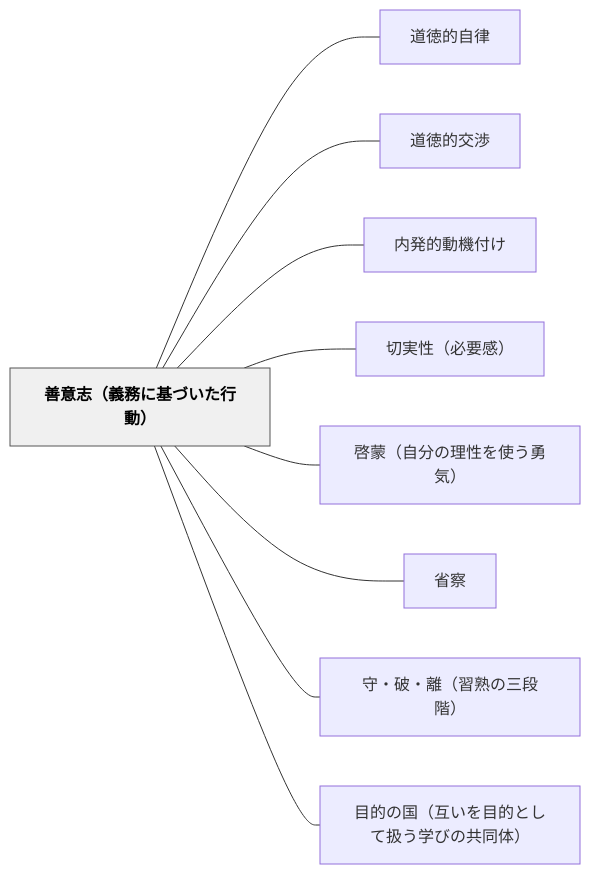
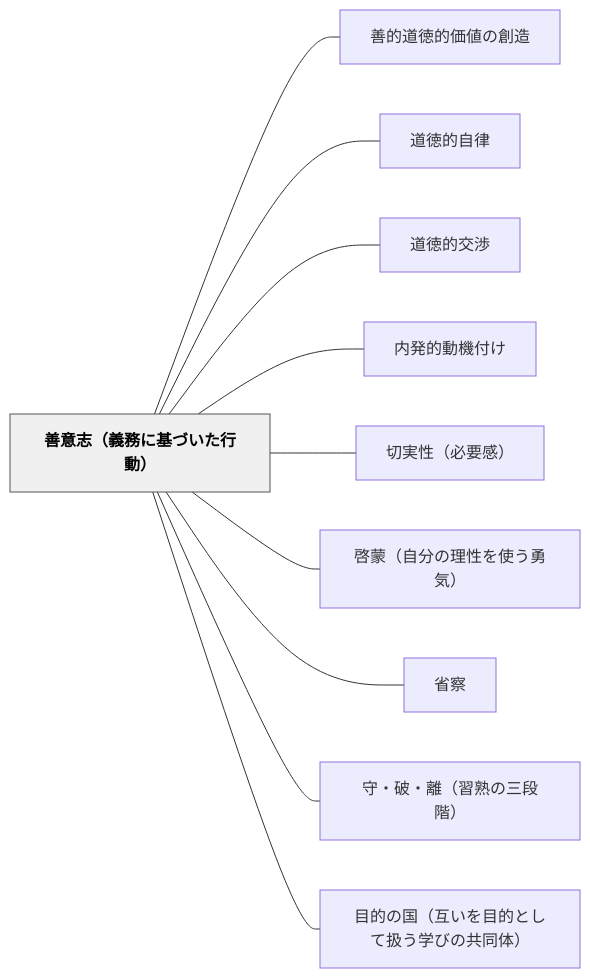
One commit to unknownthings-ed-patterns/unknownthings-ed-patterns changed the diagram in content/パタン/善意志（義務に基づいた行動）.md. Above: the diagram before and after it, drawn with Mermaid. The commit also changed other lines of this file and 5 other files, not shown here.

````diff
--- a/content/パタン/善意志（義務に基づいた行動）.md
+++ b/content/パタン/善意志（義務に基づいた行動）.md
@@ -104,24 +105,26 @@
 ```mermaid
 flowchart LR
     ne59684e6848fe5bf97efbc88e7bea9e58b99e381abe59fbae381a5e38184e3819fe8a18ce58b95efbc89["善意志（義務に基づいた行動）"]
+    ne59684e79a84e98193e5beb3e79a84e4bea1e580a4e381aee589b5e980a0["善的道徳的価値の創造"]
     ne98193e5beb3e79a84e887aae5be8b["道徳的自律"]
     ne98193e5beb3e79a84e4baa4e6b889["道徳的交渉"]
     ne58685e799bae79a84e58b95e6a99fe4bb98e38191["内発的動機付け"]
     ne58887e5ae9fe680a7efbc88e5bf85e8a681e6849fefbc89["切実性（必要感）"]
     ne59593e89299efbc88e887aae58886e381aee79086e680a7e38292e4bdbfe38186e58b87e6b097efbc89["啓蒙（自分の理性を使う勇気）"]
     ne79c81e5af9f["省察"]
     ne5ae88e383bbe7a0b4e383bbe99ba2efbc88e7bf92e7869fe381aee4b889e6aeb5e99a8eefbc89["守・破・離（習熟の三段階）"]
     ne79baee79a84e381aee59bbdefbc88e4ba92e38184e38292e79baee79a84e381a8e38197e381a6e689b1e38186e5ada6e381b3e381aee585b1e5908ce4bd93efbc89["目的の国（互いを目的として扱う学びの共同体）"]
 
+    ne59684e6848fe5bf97efbc88e7bea9e58b99e381abe59fbae381a5e38184e3819fe8a18ce58b95efbc89 --- ne59684e79a84e98193e5beb3e79a84e4bea1e580a4e381aee589b5e980a0
     ne59684e6848fe5bf97efbc88e7bea9e58b99e381abe59fbae381a5e38184e3819fe8a18ce58b95efbc89 --- ne98193e5beb3e79a84e887aae5be8b
     ne59684e6848fe5bf97efbc88e7bea9e58b99e381abe59fbae381a5e38184e3819fe8a18ce58b95efbc89 --- ne98193e5beb3e79a84e4baa4e6b889
     ne59684e6848fe5bf97efbc88e7bea9e58b99e381abe59fbae381a5e38184e3819fe8a18ce58b95efbc89 --- ne58685e799bae79a84e58b95e6a99fe4bb98e38191
     ne59684e6848fe5bf97efbc88e7bea9e58b99e381abe59fbae381a5e38184e3819fe8a18ce58b95efbc89 --- ne58887e5ae9fe680a7efbc88e5bf85e8a681e6849fefbc89
     ne59684e6848fe5bf97efbc88e7bea9e58b99e381abe59fbae381a5e38184e3819fe8a18ce58b95efbc89 --- ne59593e89299efbc88e887aae58886e381aee79086e680a7e38292e4bdbfe38186e58b87e6b097efbc89
     ne59684e6848fe5bf97efbc88e7bea9e58b99e381abe59fbae381a5e38184e3819fe8a18ce58b95efbc89 --- ne79c81e5af9f
     ne59684e6848fe5bf97efbc88e7bea9e58b99e381abe59fbae381a5e38184e3819fe8a18ce58b95efbc89 --- ne5ae88e383bbe7a0b4e383bbe99ba2efbc88e7bf92e7869fe381aee4b889e6aeb5e99a8eefbc89
     ne59684e6848fe5bf97efbc88e7bea9e58b99e381abe59fbae381a5e38184e3819fe8a18ce58b95efbc89 --- ne79baee79a84e381aee59bbdefbc88e4ba92e38184e38292e79baee79a84e381a8e38197e381a6e689b1e38186e5ada6e381b3e381aee585b1e5908ce4bd93efbc89
 
     classDef hub fill:#f0f0f0,stroke:#555,color:#000,font-weight:bold
     class ne59684e6848fe5bf97efbc88e7bea9e58b99e381abe59fbae381a5e38184e3819fe8a18ce58b95efbc89 hub
 ```
````
